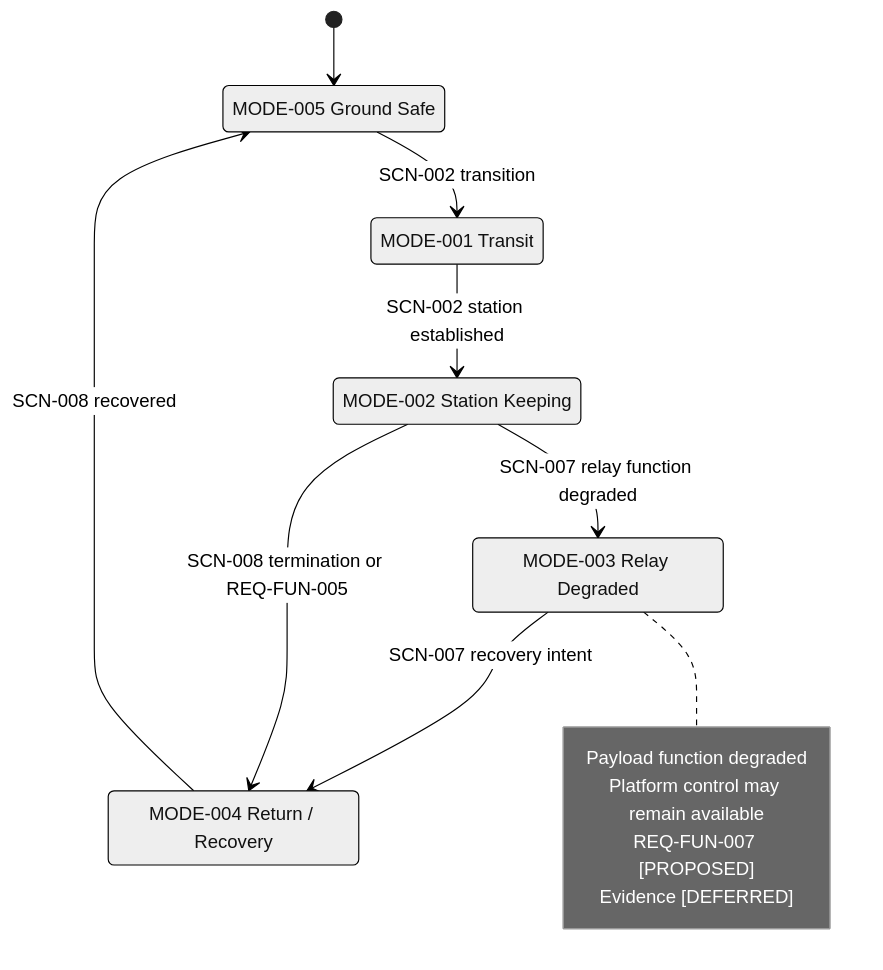
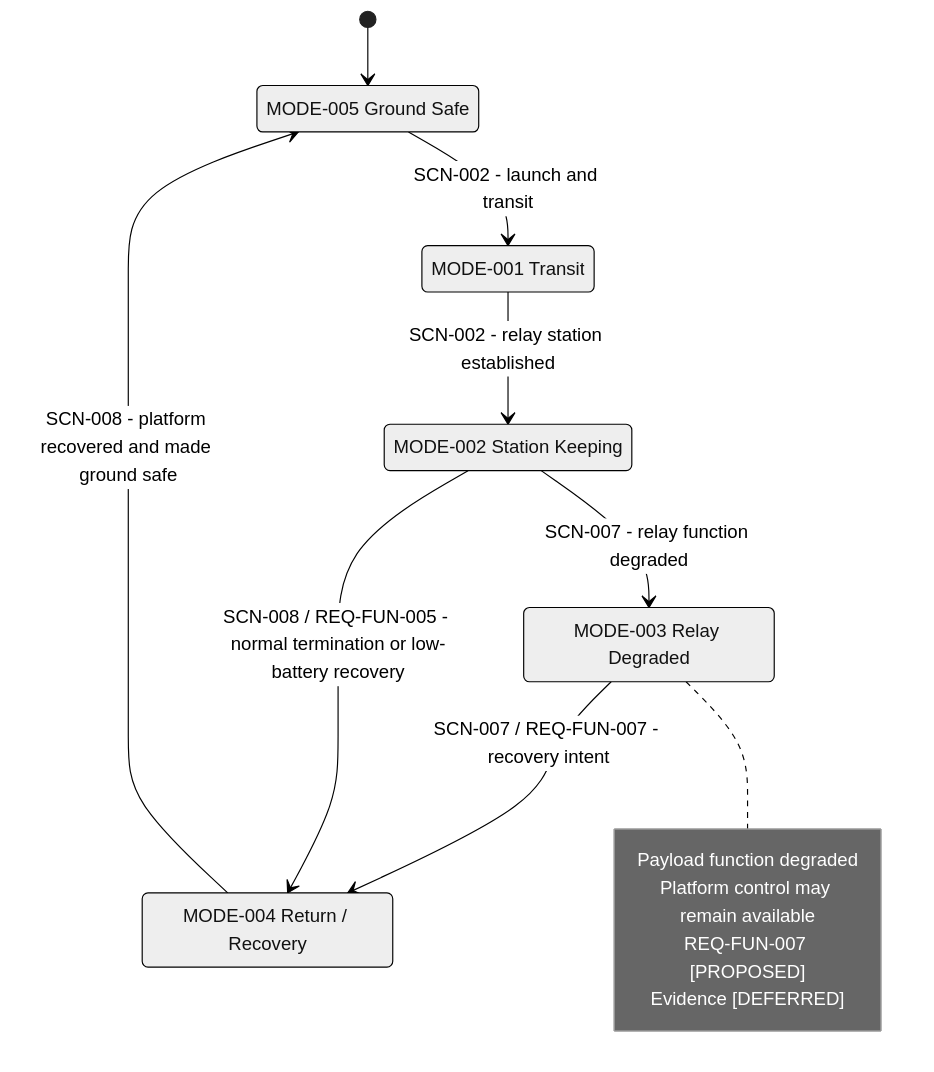
One commit to noahstephenson/low-cost-relay-uas changed diagram 12 of 22 in reports/architecture-views.md. Above: the diagram before and after it, drawn with Mermaid (neutral theme). The commit also changed other lines of this file and 11 other files, not shown here.

````diff
--- a/reports/architecture-views.md
+++ b/reports/architecture-views.md
@@ -264,22 +265,22 @@
 ```mermaid
 stateDiagram-v2
     %% Configuration scope: CFG-REP / CFG-DOM
     state "MODE-005 Ground Safe" as MODE_005
     state "MODE-001 Transit" as MODE_001
     state "MODE-002 Station Keeping" as MODE_002
     state "MODE-003 Relay Degraded" as MODE_003
     state "MODE-004 Return / Recovery" as MODE_004
     [*] --> MODE_005
-    MODE_005 --> MODE_001: SCN-002 transition
-    MODE_001 --> MODE_002: SCN-002 station established
-    MODE_002 --> MODE_003: SCN-007 relay function degraded
-    MODE_003 --> MODE_004: SCN-007 recovery intent
-    MODE_002 --> MODE_004: SCN-008 termination or REQ-FUN-005
-    MODE_004 --> MODE_005: SCN-008 recovered
+    MODE_005 --> MODE_001: SCN-002 - launch and transit
+    MODE_001 --> MODE_002: SCN-002 - relay station established
+    MODE_002 --> MODE_003: SCN-007 - relay function degraded
+    MODE_003 --> MODE_004: SCN-007 / REQ-FUN-007 - recovery intent
+    MODE_002 --> MODE_004: SCN-008 / REQ-FUN-005 - normal termination or low-battery recovery
+    MODE_004 --> MODE_005: SCN-008 - platform recovered and made ground safe
     note right of MODE_003
       Payload function degraded
       Platform control may remain available
       REQ-FUN-007 [PROPOSED]
       Evidence [DEFERRED]
     end note
 ```
````
